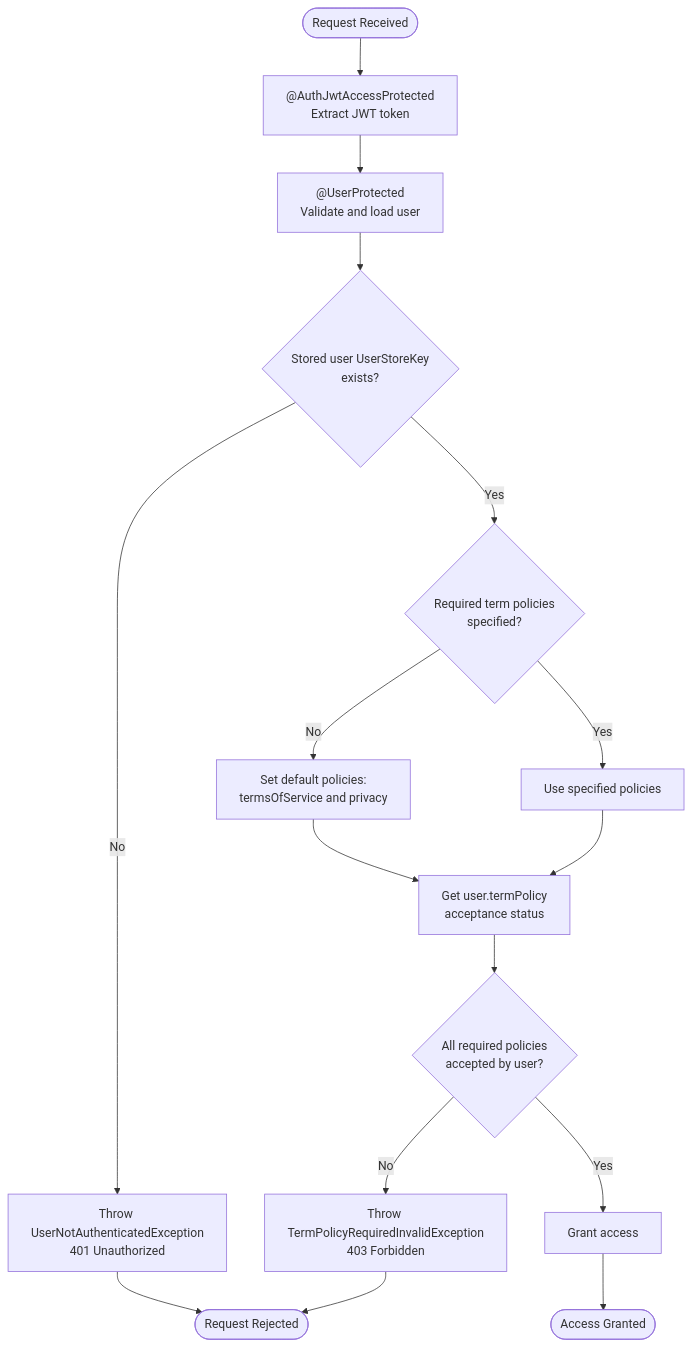
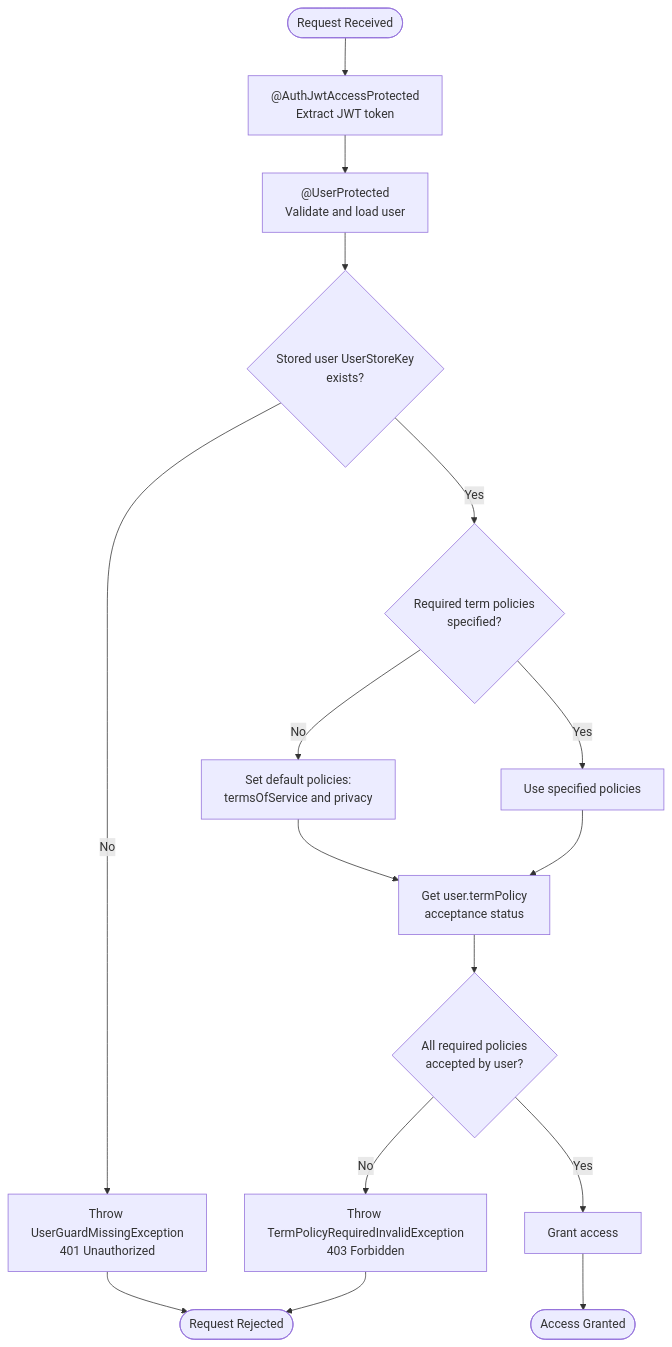
The fourth of 5 diagrams in docs/authorization.md (andrechristikan/ack-nestjs-boilerplate), drawn with Mermaid before and after one commit. The commit also changed other lines of this file and 29 other files, not shown here.

````diff
--- a/docs/authorization.md
+++ b/docs/authorization.md
@@ -591,25 +639,25 @@
 ```mermaid
 flowchart TD
     Start([Request Received]) --> JwtGuard[ @AuthJwtAccessProtected<br/>Extract JWT token]
     JwtGuard --> UserGuard[ @UserProtected<br/>Validate and load user]
     UserGuard --> CheckUser{Stored user UserStoreKey<br/>exists?}
 
-    CheckUser -->|No| ErrorUser[Throw UserNotAuthenticatedException<br/>401 Unauthorized]
+    CheckUser -->|No| ErrorUser[Throw UserGuardMissingException<br/>401 Unauthorized]
     CheckUser -->|Yes| CheckRequired{Required term policies<br/>specified?}
 
     CheckRequired -->|No| SetDefault[Set default policies:<br/>termsOfService and privacy]
     CheckRequired -->|Yes| UseSpecified[Use specified policies]
 
     SetDefault --> GetTermPolicy[Get user.termPolicy<br/>acceptance status]
     UseSpecified --> GetTermPolicy
 
     GetTermPolicy --> CheckAcceptance{All required policies<br/>accepted by user?}
 
     CheckAcceptance -->|No| ErrorRequired[Throw TermPolicyRequiredInvalidException<br/>403 Forbidden]
     CheckAcceptance -->|Yes| GrantAccess[Grant access]
 
     GrantAccess --> Success([Access Granted])
 
     ErrorUser --> End([Request Rejected])
     ErrorRequired --> End
 ```
````
